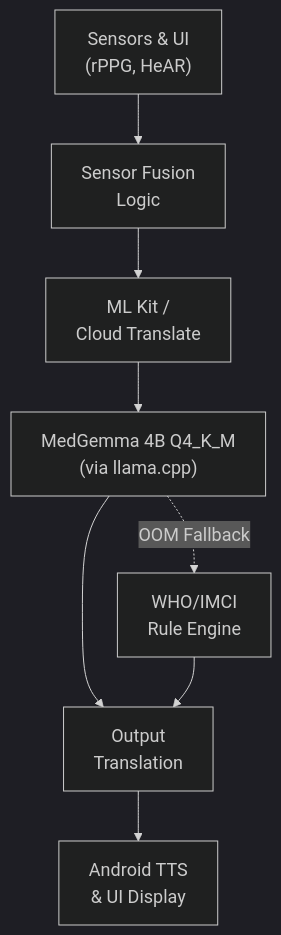
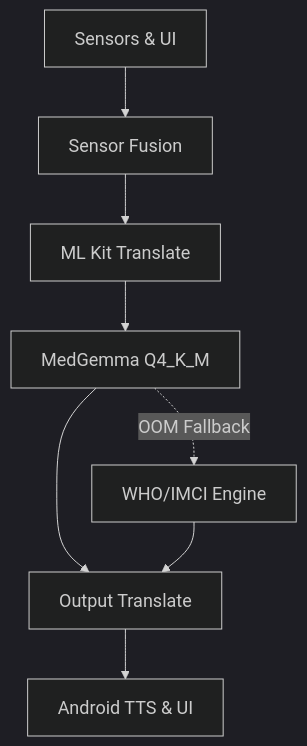
Before and after one commit to Elormyevu/nku-medgemma-conversion: the diagram in kaggle_submission_appendix.md, drawn with Mermaid.

Commit message:
docs: removed multiline node labels from Mermaid diagram to fix Kaggle UI truncation

````diff
--- a/kaggle_submission_appendix.md
+++ b/kaggle_submission_appendix.md
@@ -752,11 +752,11 @@
 ```mermaid
 %%{init: {'theme':'dark', 'themeVariables':{'fontSize':'18px'}}}%%
 graph TD
-    Sensors["Sensors & UI\n(rPPG, HeAR)"] --> Fusion["Sensor Fusion\nLogic"]
-    Fusion --> TransIn["ML Kit /\nCloud Translate"]
-    TransIn --> MedGemma["MedGemma 4B Q4_K_M\n(via llama.cpp)"]
-    MedGemma -. "OOM Fallback" .-> IMCI["WHO/IMCI\nRule Engine"]
-    MedGemma --> TransOut["Output\nTranslation"]
+    Sensors["Sensors & UI"] --> Fusion["Sensor Fusion"]
+    Fusion --> TransIn["ML Kit Translate"]
+    TransIn --> MedGemma["MedGemma Q4_K_M"]
+    MedGemma -. "OOM Fallback" .-> IMCI["WHO/IMCI Engine"]
+    MedGemma --> TransOut["Output Translate"]
     IMCI --> TransOut
-    TransOut --> TTS["Android TTS\n& UI Display"]
+    TransOut --> TTS["Android TTS & UI"]
 ```
````
